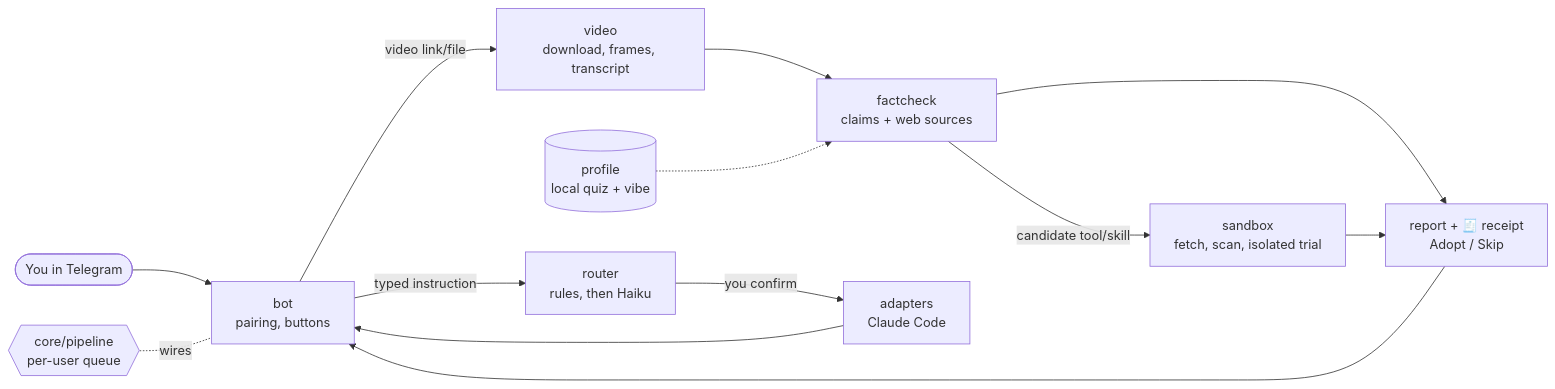
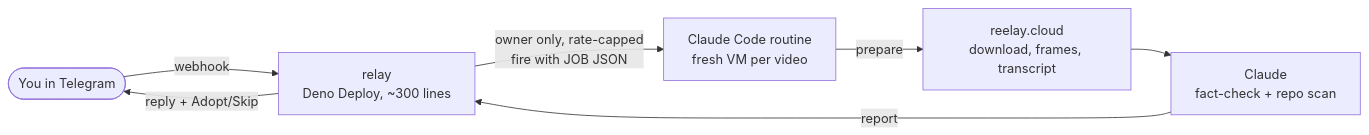
One commit to ksoc51221-dotcom/omnividens changed the diagram in README.md. Above: the diagram before and after it, drawn with Mermaid. The commit also changed other lines of this file and 4 other files, not shown here.

````diff
--- a/README.md
+++ b/README.md
@@ -31,15 +19,9 @@
 ```mermaid
 flowchart LR
-    U([You in Telegram]) --> BOT[bot<br/>pairing, buttons]
-    BOT -->|video link/file| VID[video<br/>download, frames, transcript]
-    VID --> FC[factcheck<br/>claims + web sources]
-    PRO[(profile<br/>local quiz + vibe)] -.-> FC
-    FC -->|candidate tool/skill| SB[sandbox<br/>fetch, scan, isolated trial]
-    FC --> REP
-    SB --> REP[report + 🧾 receipt<br/>Adopt / Skip]
-    REP --> BOT
-    BOT -->|typed instruction| RT[router<br/>rules, then Haiku]
-    RT -->|you confirm| AD[adapters<br/>Claude Code]
-    AD --> BOT
-    PIPE{{core/pipeline<br/>per-user queue}} -.wires.- BOT
+    U([You in Telegram]) -->|webhook| R[relay<br/>Deno Deploy, ~300 lines]
+    R -->|owner only, rate-capped<br/>fire with JOB JSON| RT[Claude Code routine<br/>fresh VM per video]
+    RT -->|prepare| P[reelay.cloud<br/>download, frames, transcript]
+    P --> C[Claude<br/>fact-check + repo scan]
+    C -->|report| R
+    R -->|reply + Adopt/Skip| U
 ```
````
